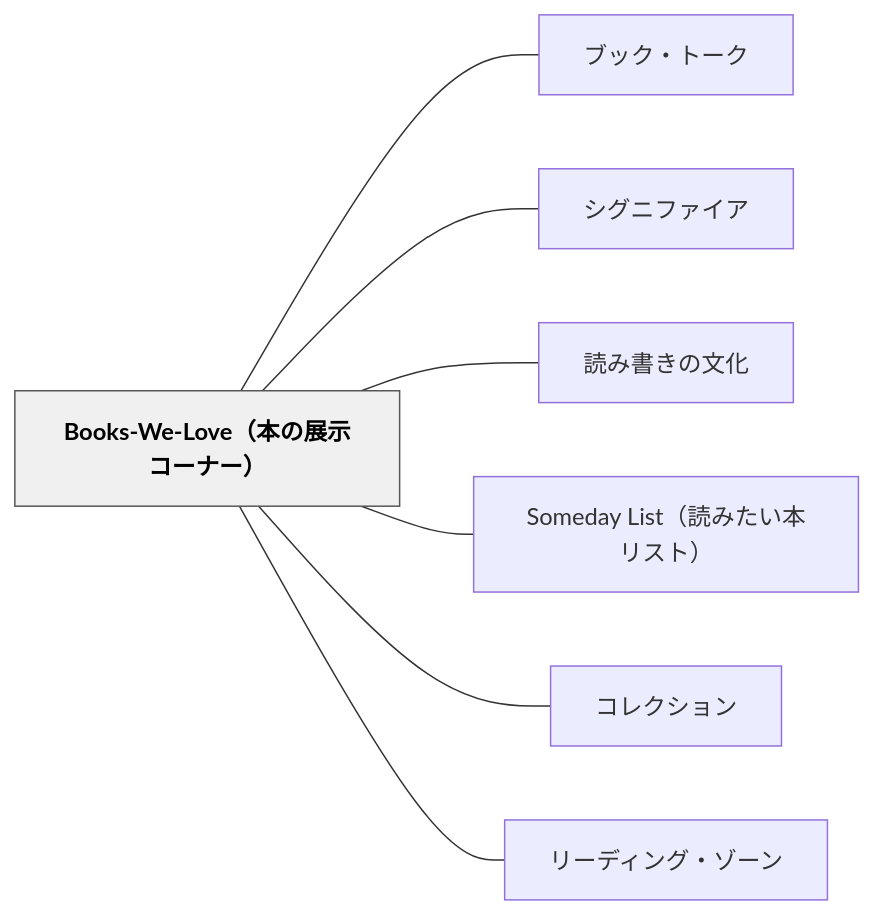
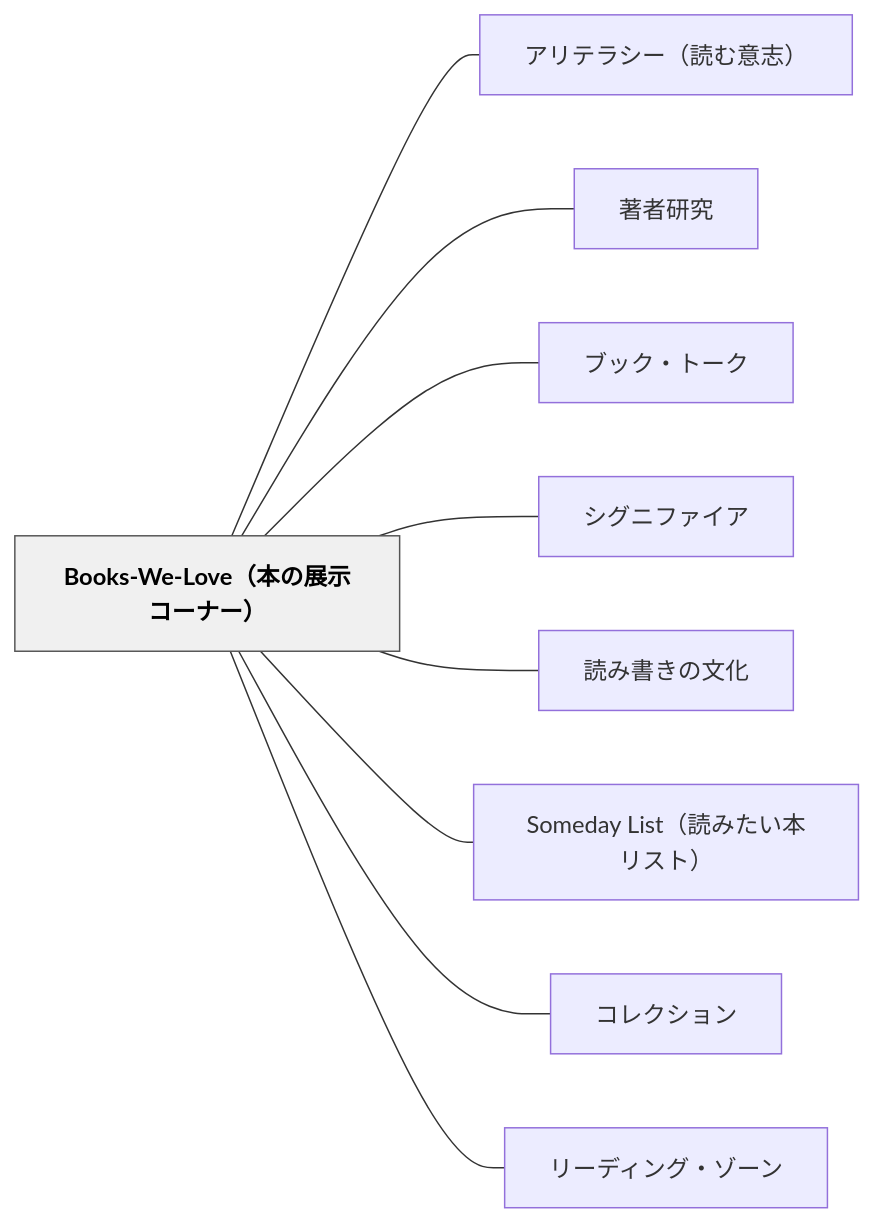
Before and after one commit to unknownthings-ed-patterns/unknownthings-ed-patterns: the diagram in content/パタン/Books-We-Love（本の展示コーナー）.md, drawn with Mermaid. The commit also changed other lines of this file and 473 other files, not shown here.

````diff
--- a/content/パタン/Books-We-Love（本の展示コーナー）.md
+++ b/content/パタン/Books-We-Love（本の展示コーナー）.md
@@ -118,20 +120,24 @@
 ```mermaid
 flowchart LR
     n426f6f6b732d["Books-We-Love（本の展示コーナー）"]
+    ne382a2e383aa["アリテラシー（読む意志）"]
+    ne89197e88085["著者研究"]
     ne38396e38383["ブック・トーク"]
     ne382b7e382b0["シグニファイア"]
     ne8aaade381bf["読み書きの文化"]
     n536f6d656461["Someday List（読みたい本リスト）"]
     ne382b3e383ac["コレクション"]
     ne383aae383bc["リーディング・ゾーン"]
 
+    n426f6f6b732d --- ne382a2e383aa
+    n426f6f6b732d --- ne89197e88085
     n426f6f6b732d --- ne38396e38383
     n426f6f6b732d --- ne382b7e382b0
     n426f6f6b732d --- ne8aaade381bf
     n426f6f6b732d --- n536f6d656461
     n426f6f6b732d --- ne382b3e383ac
     n426f6f6b732d --- ne383aae383bc
 
     classDef hub fill:#f0f0f0,stroke:#555,color:#000,font-weight:bold
     class n426f6f6b732d hub
 ```
````
